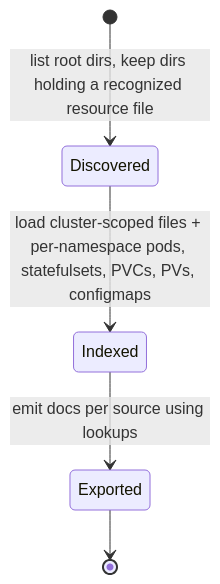
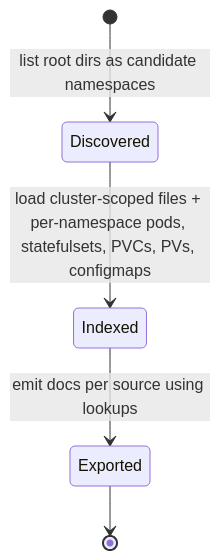
One commit to elastic/esdiag changed the diagram in openspec/changes/add-eck-platform-processing/design.md. Above: the diagram before and after it, drawn with Mermaid. The commit also changed other lines of this file and 3 other files, not shown here.

````diff
--- a/openspec/changes/add-eck-platform-processing/design.md
+++ b/openspec/changes/add-eck-platform-processing/design.md
@@ -161,7 +166,7 @@
 ```mermaid
 stateDiagram-v2
-    [*] --> Discovered: list root dirs, keep dirs holding a recognized resource file
+    [*] --> Discovered: list root dirs as candidate namespaces
     Discovered --> Indexed: load cluster-scoped files + per-namespace pods, statefulsets, PVCs, PVs, configmaps
     Indexed --> Exported: emit docs per source using lookups
     Exported --> [*]
 ```
````
